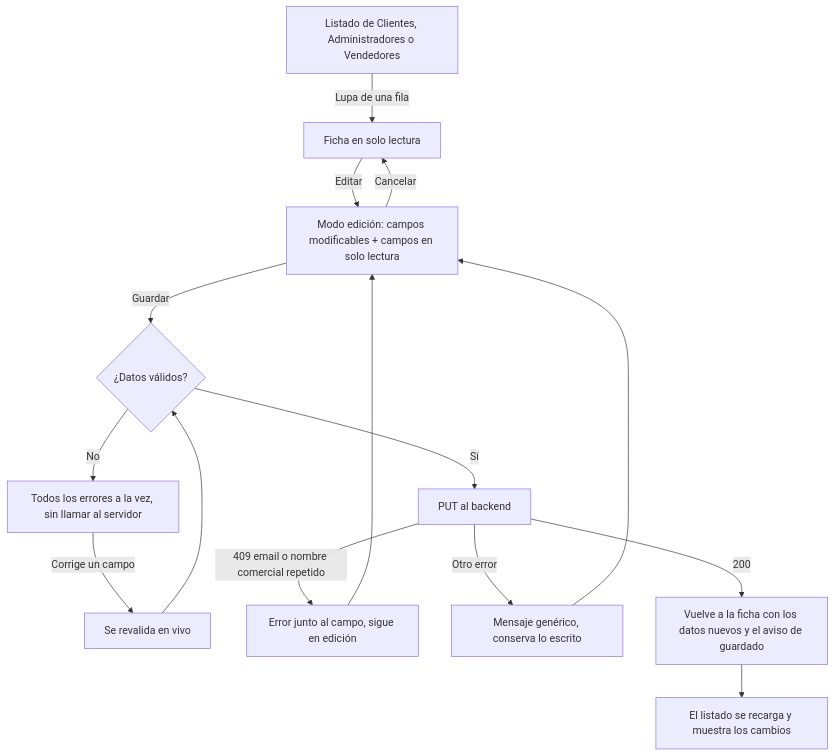
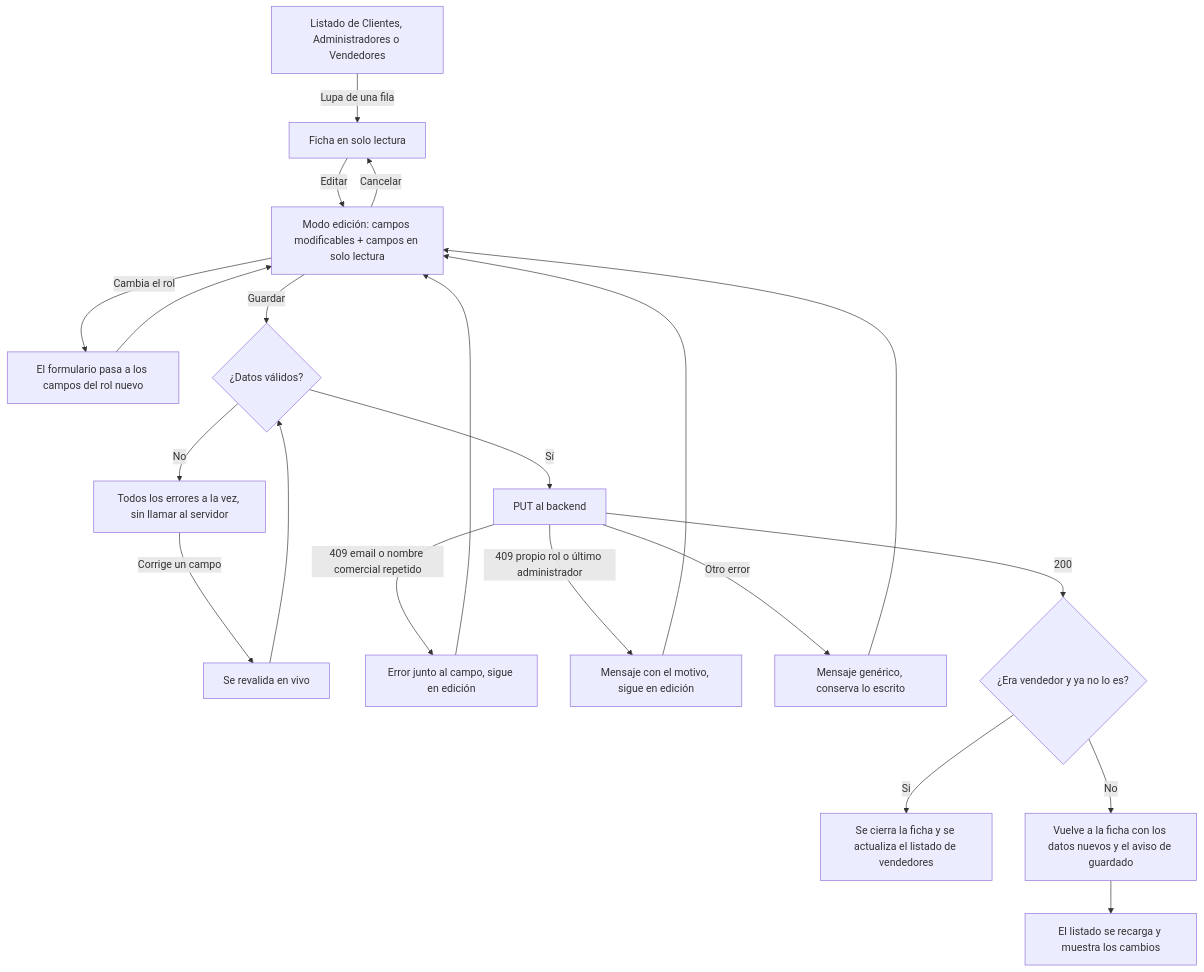
Before and after one commit to ESIBuy-2026-2027/ESIBuy-Mantenimiento: the diagram in frontend/docs/hu22-editar-usuario.md, drawn with Mermaid. The commit also changed other lines of this file and 7 other files, not shown here.

````diff
--- a/frontend/docs/hu22-editar-usuario.md
+++ b/frontend/docs/hu22-editar-usuario.md
@@ -44,17 +68,23 @@
 ```mermaid
 flowchart TD
     A[Listado de Clientes, Administradores o Vendedores] -- Lupa de una fila --> B[Ficha en solo lectura]
     B -- Editar --> C[Modo edición: campos modificables + campos en solo lectura]
     C -- Cancelar --> B
+    C -- Cambia el rol --> R[El formulario pasa a los campos del rol nuevo]
+    R --> C
     C -- Guardar --> D{¿Datos válidos?}
     D -- No --> E[Todos los errores a la vez, sin llamar al servidor]
     E -- Corrige un campo --> F[Se revalida en vivo]
     F --> D
     D -- Sí --> G[PUT al backend]
     G -- 409 email o nombre comercial repetido --> H[Error junto al campo, sigue en edición]
+    G -- 409 propio rol o último administrador --> M[Mensaje con el motivo, sigue en edición]
     G -- Otro error --> I[Mensaje genérico, conserva lo escrito]
     H --> C
+    M --> C
     I --> C
-    G -- 200 --> J[Vuelve a la ficha con los datos nuevos y el aviso de guardado]
-    J --> K[El listado se recarga y muestra los cambios]
+    G -- 200 --> J{¿Era vendedor y ya no lo es?}
+    J -- Sí --> L[Se cierra la ficha y se actualiza el listado de vendedores]
+    J -- No --> K[Vuelve a la ficha con los datos nuevos y el aviso de guardado]
+    K --> N[El listado se recarga y muestra los cambios]
 ```
````
